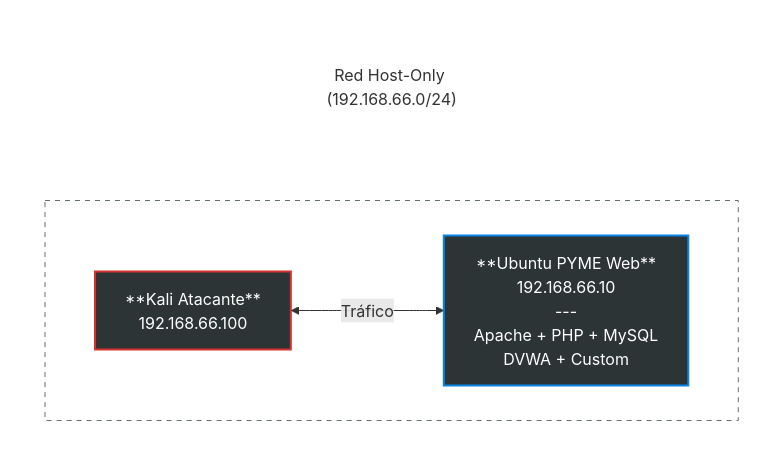
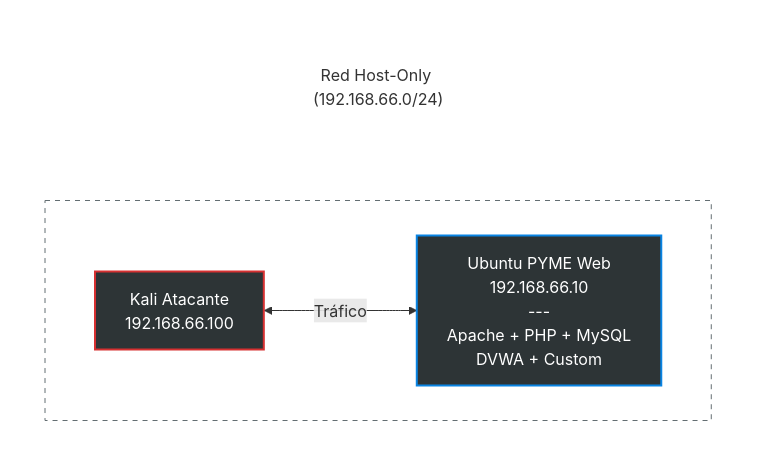
The diagram in README.md (AmasterJT/TFM-Ciber-CEU-Jose-Torre), drawn with Mermaid before and after one commit. The commit also changed other lines of this file, not shown here.

Commit message:
mejoramos  el pparatado de instalacion del README

````diff
--- a/README.md
+++ b/README.md
@@ -73,29 +82,22 @@
-``` mermaid
-
+```mermaid
 graph LR
-    subgraph Marco [" "]
-        %% Título de la Red
+    subgraph Marco[" "]
         TitleNode["Red Host-Only (192.168.66.0/24)"]
         style TitleNode fill:none,stroke:none
-        subgraph Escenario [" "]
+
+        subgraph Escenario[" "]
             direction LR
-            A["**Kali Atacante**<br/>192.168.66.100"]
-            
-            B["**Ubuntu PYME Web**<br/>192.168.66.10<br/>---<br/>Apache + PHP + MySQL<br/>DVWA + Custom"]
-            
+            A["Kali Atacante<br/>192.168.66.100"]
+            B["Ubuntu PYME Web<br/>192.168.66.10<br/>---<br/>Apache + PHP + MySQL<br/>DVWA + Custom"]
             A <-->|Tráfico| B
         end
     end
-    %% Conexión invisible para empujar el gráfico hacia abajo
+
     TitleNode --- Escenario
     linkStyle 1 stroke:none
 
-    %% Estilos de los nodos
     style A fill:#2d3436,stroke:#d63031,stroke-width:2px,color:#fff
     style B fill:#2d3436,stroke:#0984e3,stroke-width:2px,color:#fff
     style Escenario fill:none,stroke:#636e72,stroke-dasharray: 5 5
-
-    %% Estilo del borde exterior (sólido)
     style Marco fill:none,stroke:#ffffff,stroke-width:1px
-
 ```
````
